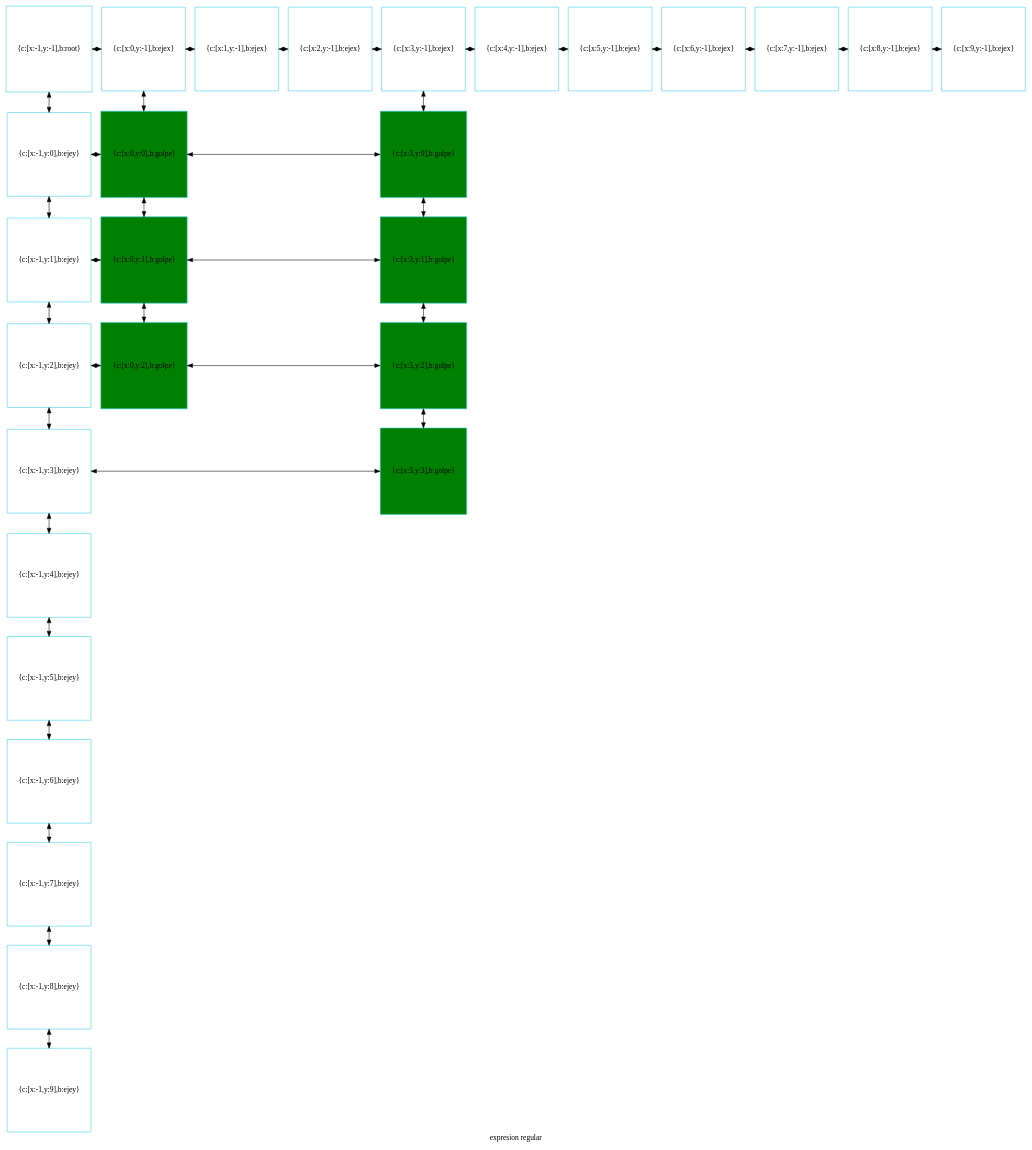
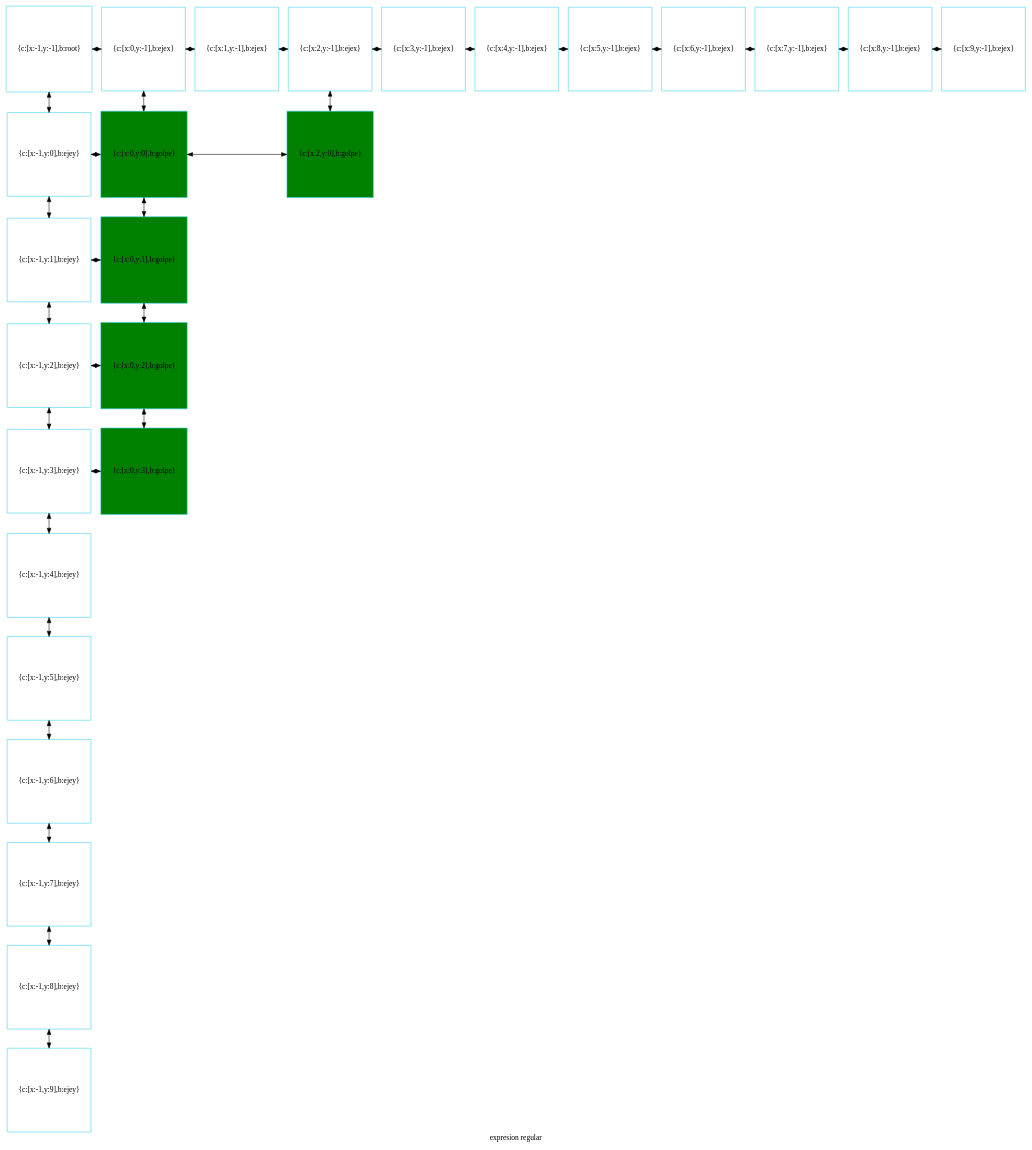
The diagram in disp_compu.dot (betebetoven/EDDS2F2), drawn with Graphviz before and after one commit. The commit also changed 10 other files, not shown here.

```diff
--- a/disp_compu.dot
+++ b/disp_compu.dot
@@ -1,82 +1,76 @@
 digraph G
 {label="expresion regular"
         node[shape = square]
         node[style = filled]
         node[fillcolor = "#EEEEE"]
         node[color = "#EEEEE"]
         node[color = "#31CEF0"]
 
-583535736240[label="{c:[x:-1,y:-1],b:root}",fillcolor = "white"]
-583535736384[label="{c:[x:0,y:-1],b:ejex}",fillcolor = "white"]
-583535736528[label="{c:[x:1,y:-1],b:ejex}",fillcolor = "white"]
-583535736672[label="{c:[x:2,y:-1],b:ejex}",fillcolor = "white"]
-583535736816[label="{c:[x:3,y:-1],b:ejex}",fillcolor = "white"]
-583535736960[label="{c:[x:4,y:-1],b:ejex}",fillcolor = "white"]
-583535737104[label="{c:[x:5,y:-1],b:ejex}",fillcolor = "white"]
-583535737248[label="{c:[x:6,y:-1],b:ejex}",fillcolor = "white"]
-583535737392[label="{c:[x:7,y:-1],b:ejex}",fillcolor = "white"]
-583535737536[label="{c:[x:8,y:-1],b:ejex}",fillcolor = "white"]
-583535737680[label="{c:[x:9,y:-1],b:ejex}",fillcolor = "white"]
-583535737824[label="{c:[x:-1,y:0],b:ejey}",fillcolor = "white"]
-583535764000[label="{c:[x:0,y:0],b:golpe}",fillcolor = "green"]
-583535754784[label="{c:[x:3,y:0],b:golpe}",fillcolor = "green"]
-583535737968[label="{c:[x:-1,y:1],b:ejey}",fillcolor = "white"]
-583535764960[label="{c:[x:0,y:1],b:golpe}",fillcolor = "green"]
-583535755024[label="{c:[x:3,y:1],b:golpe}",fillcolor = "green"]
-583535738112[label="{c:[x:-1,y:2],b:ejey}",fillcolor = "white"]
-583535765200[label="{c:[x:0,y:2],b:golpe}",fillcolor = "green"]
-583535763520[label="{c:[x:3,y:2],b:golpe}",fillcolor = "green"]
-583535738256[label="{c:[x:-1,y:3],b:ejey}",fillcolor = "white"]
-583535763760[label="{c:[x:3,y:3],b:golpe}",fillcolor = "green"]
-583535738400[label="{c:[x:-1,y:4],b:ejey}",fillcolor = "white"]
-583535738544[label="{c:[x:-1,y:5],b:ejey}",fillcolor = "white"]
-583535738688[label="{c:[x:-1,y:6],b:ejey}",fillcolor = "white"]
-583535738832[label="{c:[x:-1,y:7],b:ejey}",fillcolor = "white"]
-583535751328[label="{c:[x:-1,y:8],b:ejey}",fillcolor = "white"]
-583535751472[label="{c:[x:-1,y:9],b:ejey}",fillcolor = "white"]
-583535736240->583535737824[dir = both];
-583535737824->583535737968[dir = both];
-583535737968->583535738112[dir = both];
-583535738112->583535738256[dir = both];
-583535738256->583535738400[dir = both];
-583535738400->583535738544[dir = both];
-583535738544->583535738688[dir = both];
-583535738688->583535738832[dir = both];
-583535738832->583535751328[dir = both];
-583535751328->583535751472[dir = both];
-583535736384->583535764000[dir = both];
-583535764000->583535764960[dir = both];
-583535764960->583535765200[dir = both];
-583535736816->583535754784[dir = both];
-583535754784->583535755024[dir = both];
-583535755024->583535763520[dir = both];
-583535763520->583535763760[dir = both];
-583535736240->583535736384[dir = both];
-583535736384->583535736528[dir = both];
-583535736528->583535736672[dir = both];
-583535736672->583535736816[dir = both];
-583535736816->583535736960[dir = both];
-583535736960->583535737104[dir = both];
-583535737104->583535737248[dir = both];
-583535737248->583535737392[dir = both];
-583535737392->583535737536[dir = both];
-583535737536->583535737680[dir = both];
-583535737824->583535764000[constraint=false,dir = both];
-583535764000->583535754784[constraint=false,dir = both];
-583535737968->583535764960[constraint=false,dir = both];
-583535764960->583535755024[constraint=false,dir = both];
-583535738112->583535765200[constraint=false,dir = both];
-583535765200->583535763520[constraint=false,dir = both];
-583535738256->583535763760[constraint=false,dir = both];
- {rank=same; 583535736240;583535736384;583535736528;583535736672;583535736816;583535736960;583535737104;583535737248;583535737392;583535737536;583535737680;}
- {rank=same; 583535737824;583535764000;583535754784;}
- {rank=same; 583535737968;583535764960;583535755024;}
- {rank=same; 583535738112;583535765200;583535763520;}
- {rank=same; 583535738256;583535763760;}
- {rank=same; 583535738400;}
- {rank=same; 583535738544;}
- {rank=same; 583535738688;}
- {rank=same; 583535738832;}
- {rank=same; 583535751328;}
- {rank=same; 583535751472;}
+1075654605984[label="{c:[x:-1,y:-1],b:root}",fillcolor = "white"]
+1075654606128[label="{c:[x:0,y:-1],b:ejex}",fillcolor = "white"]
+1075654606272[label="{c:[x:1,y:-1],b:ejex}",fillcolor = "white"]
+1075654606416[label="{c:[x:2,y:-1],b:ejex}",fillcolor = "white"]
+1075654606560[label="{c:[x:3,y:-1],b:ejex}",fillcolor = "white"]
+1075654606704[label="{c:[x:4,y:-1],b:ejex}",fillcolor = "white"]
+1075654615104[label="{c:[x:5,y:-1],b:ejex}",fillcolor = "white"]
+1075654615248[label="{c:[x:6,y:-1],b:ejex}",fillcolor = "white"]
+1075654615392[label="{c:[x:7,y:-1],b:ejex}",fillcolor = "white"]
+1075654615536[label="{c:[x:8,y:-1],b:ejex}",fillcolor = "white"]
+1075654615680[label="{c:[x:9,y:-1],b:ejex}",fillcolor = "white"]
+1075654615824[label="{c:[x:-1,y:0],b:ejey}",fillcolor = "white"]
+1075654632784[label="{c:[x:0,y:0],b:golpe}",fillcolor = "green"]
+1075654647232[label="{c:[x:2,y:0],b:golpe}",fillcolor = "green"]
+1075654615968[label="{c:[x:-1,y:1],b:ejey}",fillcolor = "white"]
+1075654633120[label="{c:[x:0,y:1],b:golpe}",fillcolor = "green"]
+1075654616112[label="{c:[x:-1,y:2],b:ejey}",fillcolor = "white"]
+1075654633456[label="{c:[x:0,y:2],b:golpe}",fillcolor = "green"]
+1075654616256[label="{c:[x:-1,y:3],b:ejey}",fillcolor = "white"]
+1075654633792[label="{c:[x:0,y:3],b:golpe}",fillcolor = "green"]
+1075654616400[label="{c:[x:-1,y:4],b:ejey}",fillcolor = "white"]
+1075654616544[label="{c:[x:-1,y:5],b:ejey}",fillcolor = "white"]
+1075654616688[label="{c:[x:-1,y:6],b:ejey}",fillcolor = "white"]
+1075654616832[label="{c:[x:-1,y:7],b:ejey}",fillcolor = "white"]
+1075654616976[label="{c:[x:-1,y:8],b:ejey}",fillcolor = "white"]
+1075654617120[label="{c:[x:-1,y:9],b:ejey}",fillcolor = "white"]
+1075654605984->1075654615824[dir = both];
+1075654615824->1075654615968[dir = both];
+1075654615968->1075654616112[dir = both];
+1075654616112->1075654616256[dir = both];
+1075654616256->1075654616400[dir = both];
+1075654616400->1075654616544[dir = both];
+1075654616544->1075654616688[dir = both];
+1075654616688->1075654616832[dir = both];
+1075654616832->1075654616976[dir = both];
+1075654616976->1075654617120[dir = both];
+1075654606128->1075654632784[dir = both];
+1075654632784->1075654633120[dir = both];
+1075654633120->1075654633456[dir = both];
+1075654633456->1075654633792[dir = both];
+1075654606416->1075654647232[dir = both];
+1075654605984->1075654606128[dir = both];
+1075654606128->1075654606272[dir = both];
+1075654606272->1075654606416[dir = both];
+1075654606416->1075654606560[dir = both];
+1075654606560->1075654606704[dir = both];
+1075654606704->1075654615104[dir = both];
+1075654615104->1075654615248[dir = both];
+1075654615248->1075654615392[dir = both];
+1075654615392->1075654615536[dir = both];
+1075654615536->1075654615680[dir = both];
+1075654615824->1075654632784[constraint=false,dir = both];
+1075654632784->1075654647232[constraint=false,dir = both];
+1075654615968->1075654633120[constraint=false,dir = both];
+1075654616112->1075654633456[constraint=false,dir = both];
+1075654616256->1075654633792[constraint=false,dir = both];
+ {rank=same; 1075654605984;1075654606128;1075654606272;1075654606416;1075654606560;1075654606704;1075654615104;1075654615248;1075654615392;1075654615536;1075654615680;}
+ {rank=same; 1075654615824;1075654632784;1075654647232;}
+ {rank=same; 1075654615968;1075654633120;}
+ {rank=same; 1075654616112;1075654633456;}
+ {rank=same; 1075654616256;1075654633792;}
+ {rank=same; 1075654616400;}
+ {rank=same; 1075654616544;}
+ {rank=same; 1075654616688;}
+ {rank=same; 1075654616832;}
+ {rank=same; 1075654616976;}
+ {rank=same; 1075654617120;}
 }
```
